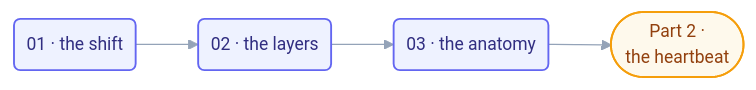
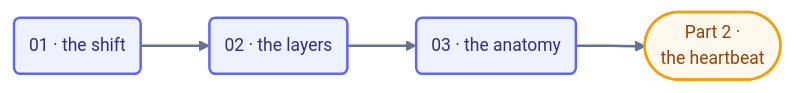
Before and after one commit to ayeshakhalid192007-dev/LoopEngineering-CrashCourse: the diagram in docs/03-part-1-the-shift/README.md, drawn with Mermaid. The commit also changed 66 other files, not shown here.

First line of the commit message:
docs(diagrams): bolden and unify all 70 mermaid diagrams

````diff
--- a/docs/03-part-1-the-shift/README.md
+++ b/docs/03-part-1-the-shift/README.md
@@ -17,8 +17,9 @@
 ```mermaid
-%%{init: {'theme':'base','themeVariables':{'fontFamily':'ui-sans-serif, system-ui, sans-serif','fontSize':'14px','lineColor':'#94a3b8'},'flowchart':{'curve':'basis','nodeSpacing':45,'rankSpacing':50,'padding':10}}}%%
+%%{init: {'theme':'base','themeVariables':{'fontFamily':'ui-sans-serif, system-ui, sans-serif','fontSize':'14px','lineColor':'#64748b','edgeLabelBackground':'#f8fafc'},'flowchart':{'curve':'basis','nodeSpacing':45,'rankSpacing':55,'padding':12}}}%%
 flowchart LR
     S1("01 · the shift"):::step --> S2("02 · the layers"):::step --> S3("03 · the anatomy"):::step
     S3 --> NEXT(["Part 2 ·<br/>the heartbeat"]):::next
-    classDef step fill:#eef2ff,stroke:#6366f1,stroke-width:1.5px,color:#312e81;
-    classDef next fill:#fef9ec,stroke:#f59e0b,stroke-width:1.5px,color:#92400e;
+    linkStyle default stroke:#64748b,stroke-width:2px;
+    classDef step fill:#eef2ff,stroke:#6366f1,stroke-width:2px,color:#312e81;
+    classDef next fill:#fef9ec,stroke:#f59e0b,stroke-width:2px,color:#92400e;
 ```
````
